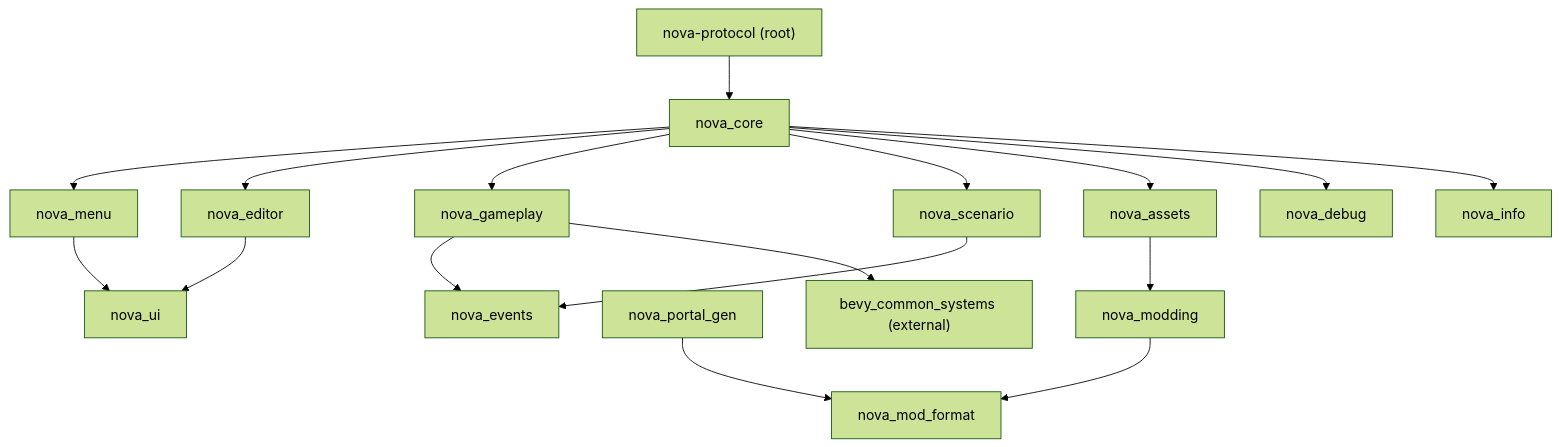
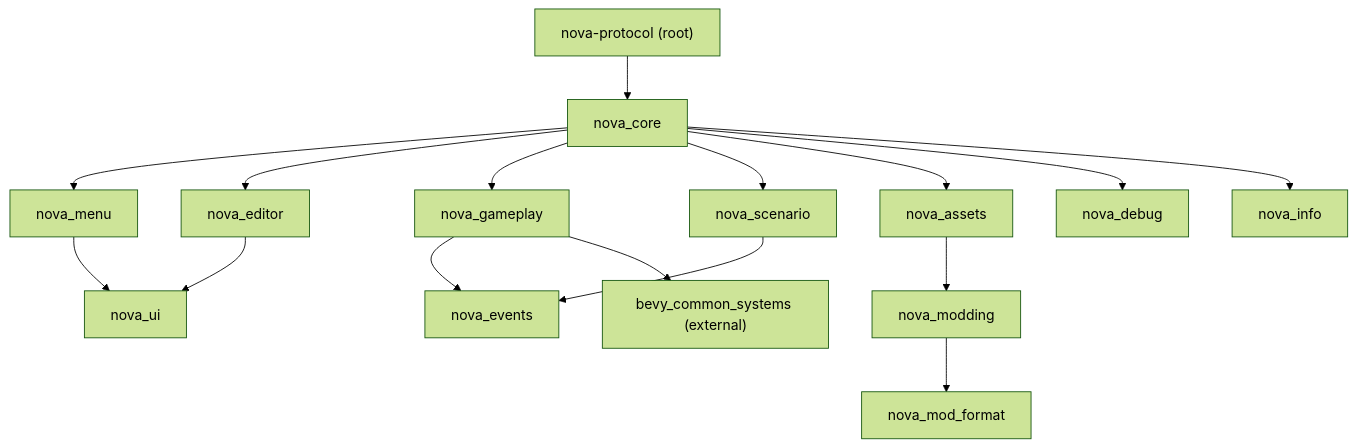
The first of 3 diagrams in web/src/wiki/dev/architecture.md (alexjercan/nova-protocol), drawn with Mermaid (forest theme) before and after one commit. The commit also changed other lines of this file and 27 other files, not shown here.

First line of the commit message:
refactor(tooling): remove the nova_portal_gen crate (gen-portal.py is the generator)

````diff
--- a/web/src/wiki/dev/architecture.md
+++ b/web/src/wiki/dev/architecture.md
@@ -33,19 +32,18 @@
 ```mermaid
 graph TD
     root["nova-protocol (root)"] --> core["nova_core"]
     core --> menu["nova_menu"]
     core --> editor["nova_editor"]
     core --> gameplay["nova_gameplay"]
     core --> scenario["nova_scenario"]
     core --> assets["nova_assets"]
     gameplay --> events["nova_events"]
     scenario --> events
     assets --> modding["nova_modding"]
     modding --> modfmt["nova_mod_format"]
-    portal["nova_portal_gen"] --> modfmt
     menu --> ui["nova_ui"]
     editor --> ui
     core --> debug["nova_debug"]
     core --> info["nova_info"]
     gameplay --> bcs["bevy_common_systems (external)"]
 ```
````
